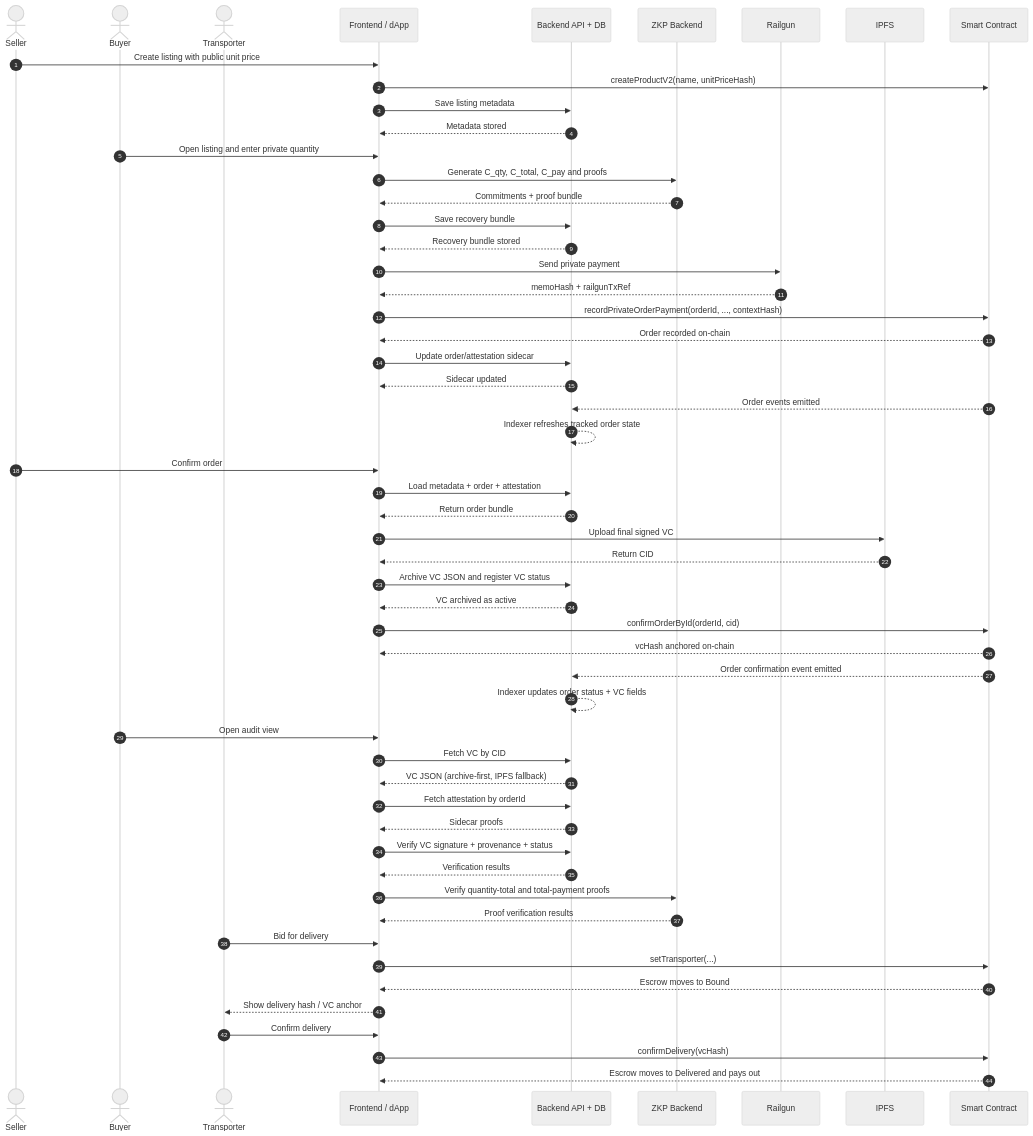
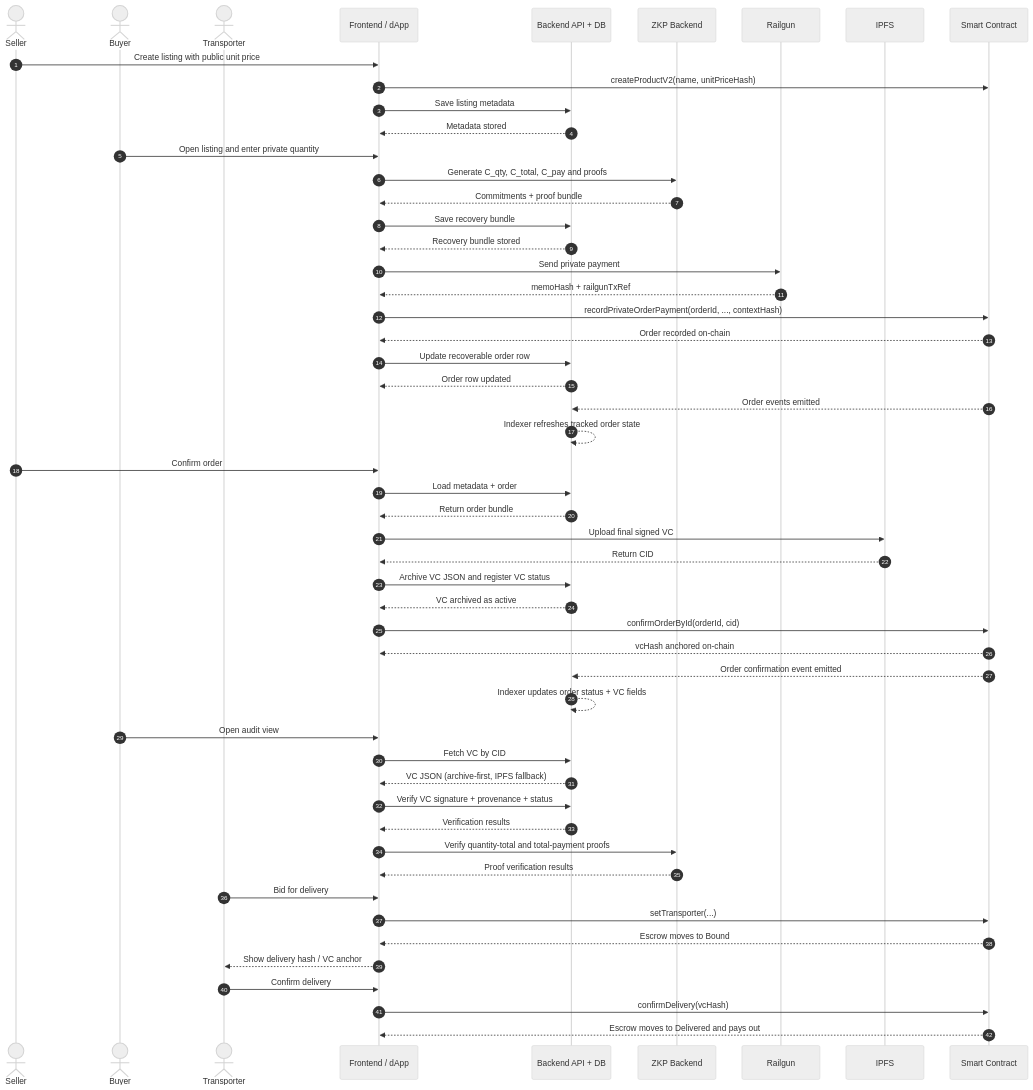
Before and after one commit to Elmenn/ev-battery-supplychain: the diagram in docs/current/01-end-to-end-flow.md, drawn with Mermaid (neutral theme). The commit also changed other lines of this file and 22 other files, not shown here.

````diff
--- a/docs/current/01-end-to-end-flow.md
+++ b/docs/current/01-end-to-end-flow.md
@@ -13,62 +13,60 @@
 ```mermaid
 sequenceDiagram
     autonumber
     actor Seller
     actor Buyer
     actor Transporter
     participant UI as Frontend / dApp
     participant API as Backend API + DB
     participant ZKP as ZKP Backend
     participant Railgun
     participant IPFS
     participant SC as Smart Contract
 
     Seller->>UI: Create listing with public unit price
     UI->>SC: createProductV2(name, unitPriceHash)
     UI->>API: Save listing metadata
     API-->>UI: Metadata stored
 
     Buyer->>UI: Open listing and enter private quantity
     UI->>ZKP: Generate C_qty, C_total, C_pay and proofs
     ZKP-->>UI: Commitments + proof bundle
     UI->>API: Save recovery bundle
     API-->>UI: Recovery bundle stored
     UI->>Railgun: Send private payment
     Railgun-->>UI: memoHash + railgunTxRef
     UI->>SC: recordPrivateOrderPayment(orderId, ..., contextHash)
     SC-->>UI: Order recorded on-chain
-    UI->>API: Update order/attestation sidecar
-    API-->>UI: Sidecar updated
+    UI->>API: Update recoverable order row
+    API-->>UI: Order row updated
     SC-->>API: Order events emitted
     API-->>API: Indexer refreshes tracked order state
 
     Seller->>UI: Confirm order
-    UI->>API: Load metadata + order + attestation
+    UI->>API: Load metadata + order
     API-->>UI: Return order bundle
     UI->>IPFS: Upload final signed VC
     IPFS-->>UI: Return CID
     UI->>API: Archive VC JSON and register VC status
     API-->>UI: VC archived as active
     UI->>SC: confirmOrderById(orderId, cid)
     SC-->>UI: vcHash anchored on-chain
     SC-->>API: Order confirmation event emitted
     API-->>API: Indexer updates order status + VC fields
 
     Buyer->>UI: Open audit view
     UI->>API: Fetch VC by CID
     API-->>UI: VC JSON (archive-first, IPFS fallback)
-    UI->>API: Fetch attestation by orderId
-    API-->>UI: Sidecar proofs
     UI->>API: Verify VC signature + provenance + status
     API-->>UI: Verification results
     UI->>ZKP: Verify quantity-total and total-payment proofs
     ZKP-->>UI: Proof verification results
 
     Transporter->>UI: Bid for delivery
     UI->>SC: setTransporter(...)
     SC-->>UI: Escrow moves to Bound
     UI-->>Transporter: Show delivery hash / VC anchor
     Transporter->>UI: Confirm delivery
     UI->>SC: confirmDelivery(vcHash)
     SC-->>UI: Escrow moves to Delivered and pays out
 ```
````
